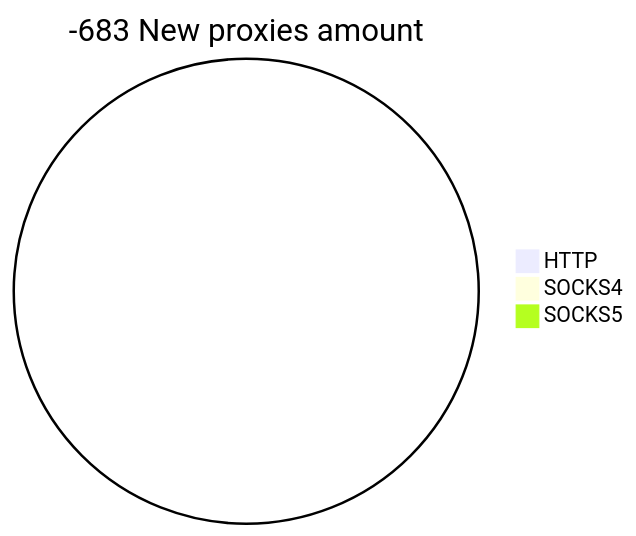
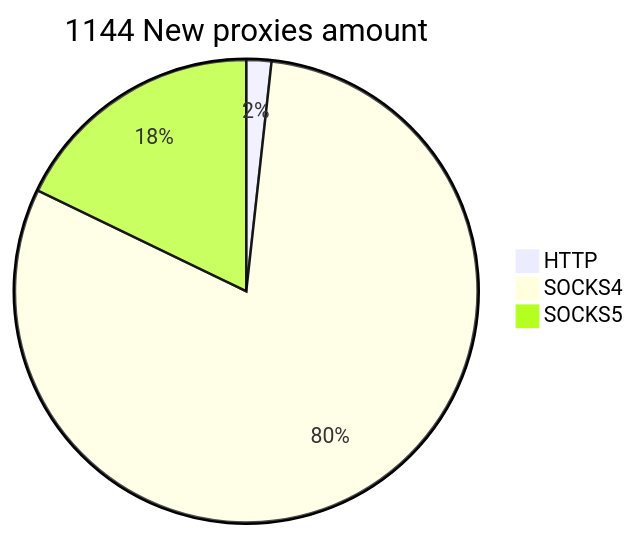
Before and after one commit to cutipu/proxylist: the second of 2 diagrams in README.md, drawn with Mermaid. The commit also changed other lines of this file, not shown here.

````diff
--- a/README.md
+++ b/README.md
@@ -10,6 +10,6 @@
 ```mermaid
-pie title -683 New proxies amount
-    "HTTP" : 0
-    "SOCKS4" : 0
-    "SOCKS5" : 0
+pie title 1144 New proxies amount
+    "HTTP" : 20
+    "SOCKS4" : 920
+    "SOCKS5" : 204
 ```
````
